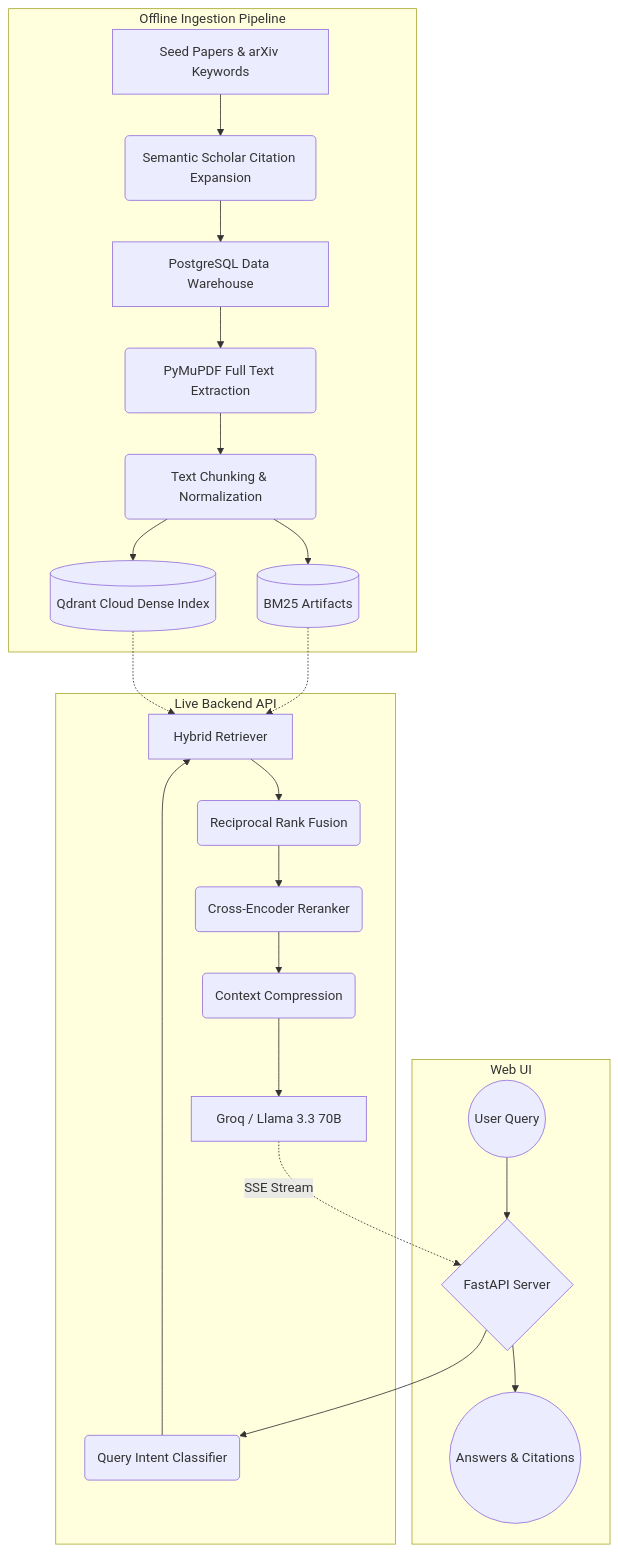
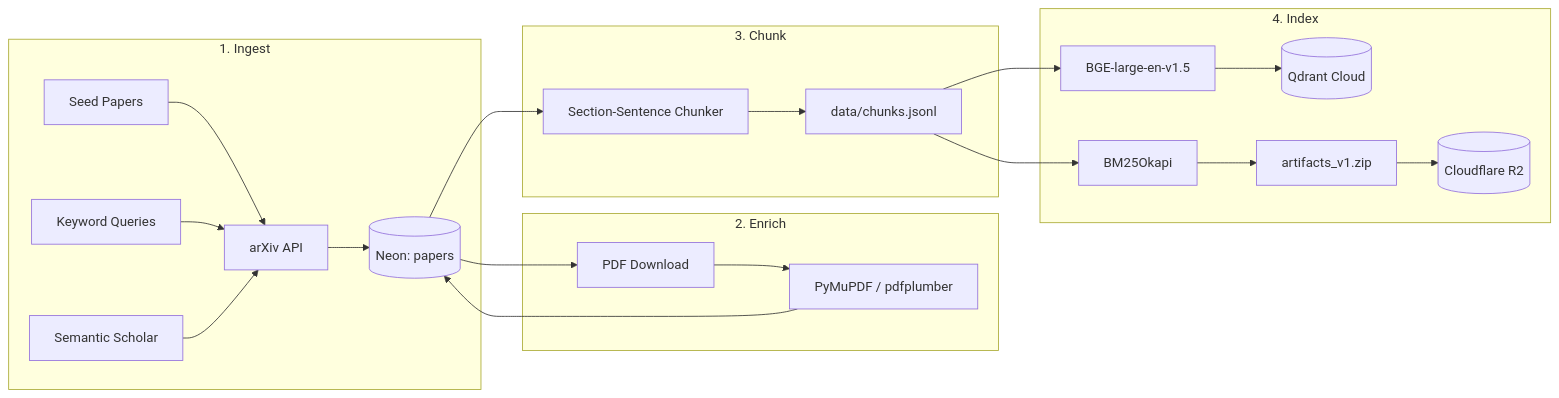
One commit to HimasagarU/Arxiv-RAG-Assistant changed the second of 7 diagrams in ARCHITECTURE.md. Above: the diagram before and after it, drawn with Mermaid. The commit also changed other lines of this file and 2 other files, not shown here.

Commit message:
readme: update architectural diagrams and feature list

````diff
--- a/ARCHITECTURE.md
+++ b/ARCHITECTURE.md
@@ -9,31 +52,28 @@
 ```mermaid
-flowchart TD
-    %% Offline Pipeline
-    subgraph Offline [Offline Ingestion Pipeline]
-        A[Seed Papers & arXiv Keywords] --> B(Semantic Scholar Citation Expansion)
-        B --> C[PostgreSQL Data Warehouse]
-        C --> D(PyMuPDF Full Text Extraction)
-        D --> E(Text Chunking & Normalization)
-        E --> F1[(Qdrant Cloud Dense Index)]
-        E --> F2[(BM25 Artifacts)]
+flowchart LR
+    subgraph Ingest ["1. Ingest"]
+        SEED[Seed Papers] --> ARXIV[arXiv API]
+        KW[Keyword Queries] --> ARXIV
+        S2[Semantic Scholar] --> ARXIV
+        ARXIV --> NEON_P[(Neon: papers)]
     end
 
-    %% Live API Pipeline
-    subgraph Live [Live Backend API]
-        G(Query Intent Classifier) --> H[Hybrid Retriever]
-        F1 -.-> H
-        F2 -.-> H
-        H --> I(Reciprocal Rank Fusion)
-        I --> J(Cross-Encoder Reranker)
-        J --> K(Context Compression)
-        K --> L[Groq / Llama 3.3 70B]
+    subgraph Enrich ["2. Enrich"]
+        NEON_P --> DL[PDF Download]
+        DL --> PARSE[PyMuPDF / pdfplumber]
+        PARSE --> NEON_P
     end
 
-    %% Frontend
-    subgraph Frontend [Web UI]
-        M((User Query)) --> N{FastAPI Server}
-        N --> G
-        L -. SSE Stream .-> N
-        N --> O((Answers & Citations))
+    subgraph Chunk ["3. Chunk"]
+        NEON_P --> CHUNK[Section-Sentence Chunker]
+        CHUNK --> JSONL[data/chunks.jsonl]
+    end
+
+    subgraph Index ["4. Index"]
+        JSONL --> BM25[BM25Okapi]
+        JSONL --> EMBED[BGE-large-en-v1.5]
+        EMBED --> QD[(Qdrant Cloud)]
+        BM25 --> ZIP[artifacts_v1.zip]
+        ZIP --> R2_UP[(Cloudflare R2)]
     end
 ```
````
